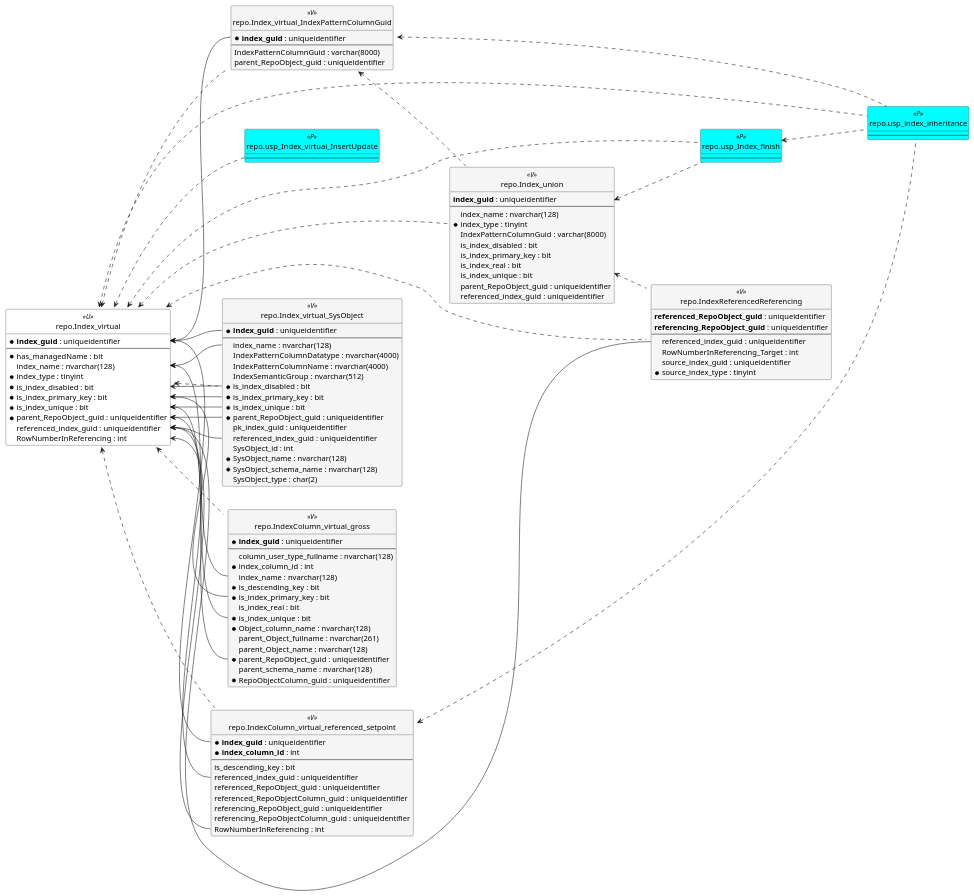
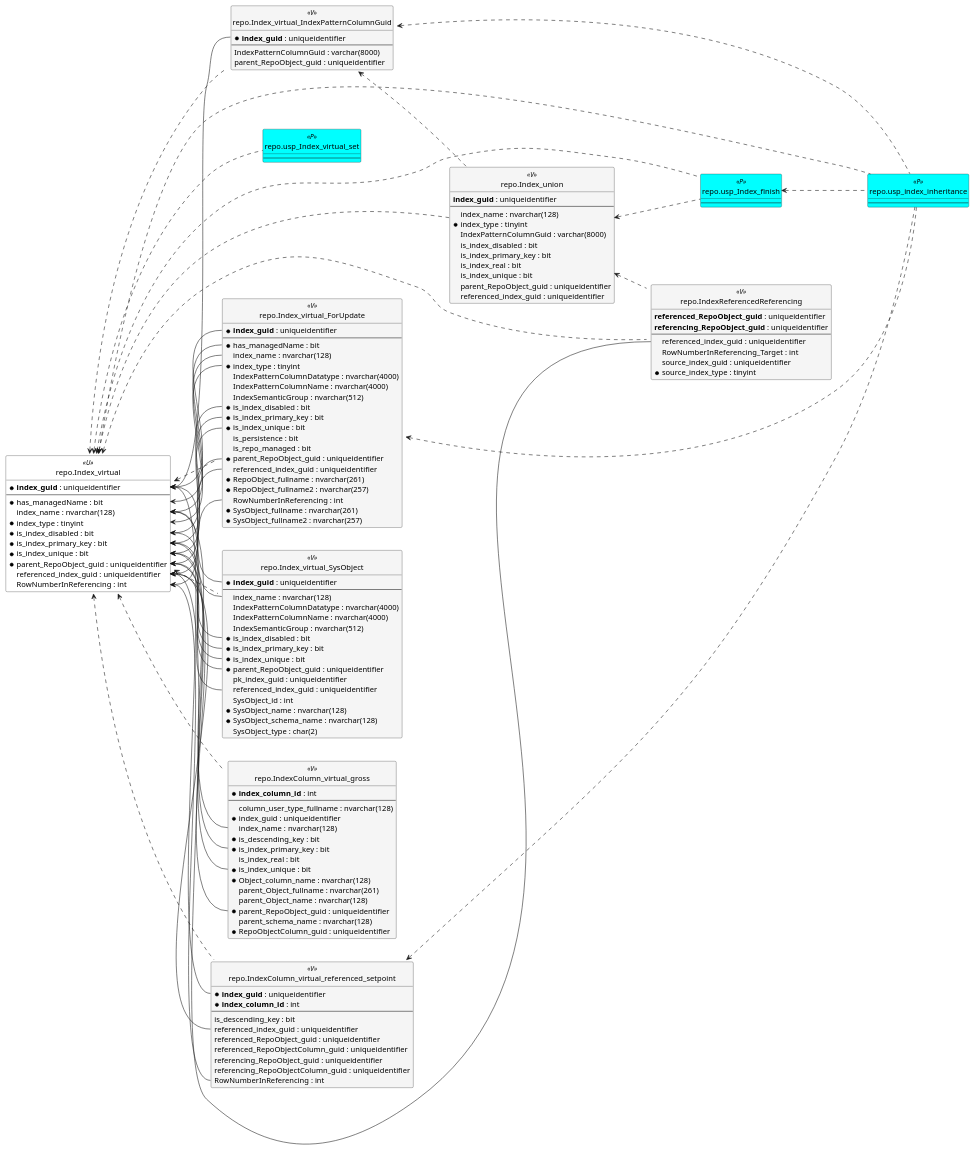
The diagram in docs/modules/sqldb/partials/puml/entity_1_1_colref/repo.Index_virtual.puml (DataHandwerk/dhw-antora-docs), drawn with PlantUML before and after one commit. The commit also changed 2449 other files, not shown here.

```diff
--- a/docs/modules/sqldb/partials/puml/entity_1_1_colref/repo.Index_virtual.puml
+++ b/docs/modules/sqldb/partials/puml/entity_1_1_colref/repo.Index_virtual.puml
@@ -1,163 +1,198 @@
 left to right direction
 hide circle
 'avoide "." issues:
 set namespaceSeparator none
 
 
 skinparam class {
   BackgroundColor White
   BackgroundColor<<FN>> Yellow
   BackgroundColor<<FS>> Yellow
   BackgroundColor<<FT>> LightGray
   BackgroundColor<<IF>> Yellow
   BackgroundColor<<IS>> Yellow
   BackgroundColor<<P>> Aqua
   BackgroundColor<<PC>> Aqua
   BackgroundColor<<SN>> Yellow
   BackgroundColor<<SO>> SlateBlue
   BackgroundColor<<TF>> LightGray
   BackgroundColor<<TR>> Tomato
   BackgroundColor<<U>> White
   BackgroundColor<<V>> WhiteSmoke
   BackgroundColor<<X>> Aqua
 }
 
 
 entity repo.Index_union << V >> {
   **index_guid** : uniqueidentifier
   --
   index_name : nvarchar(128)
   * index_type : tinyint
   IndexPatternColumnGuid : varchar(8000)
   is_index_disabled : bit
   is_index_primary_key : bit
   is_index_real : bit
   is_index_unique : bit
   parent_RepoObject_guid : uniqueidentifier
   referenced_index_guid : uniqueidentifier
 }
 
 entity repo.Index_virtual << U >> {
   * **index_guid** : uniqueidentifier
   --
   * has_managedName : bit
   index_name : nvarchar(128)
   * index_type : tinyint
   * is_index_disabled : bit
   * is_index_primary_key : bit
   * is_index_unique : bit
   * parent_RepoObject_guid : uniqueidentifier
   referenced_index_guid : uniqueidentifier
   RowNumberInReferencing : int
 }
 
+entity repo.Index_virtual_ForUpdate << V >> {
+  * **index_guid** : uniqueidentifier
+  --
+  * has_managedName : bit
+  index_name : nvarchar(128)
+  * index_type : tinyint
+  IndexPatternColumnDatatype : nvarchar(4000)
+  IndexPatternColumnName : nvarchar(4000)
+  IndexSemanticGroup : nvarchar(512)
+  * is_index_disabled : bit
+  * is_index_primary_key : bit
+  * is_index_unique : bit
+  is_persistence : bit
+  is_repo_managed : bit
+  * parent_RepoObject_guid : uniqueidentifier
+  referenced_index_guid : uniqueidentifier
+  * RepoObject_fullname : nvarchar(261)
+  * RepoObject_fullname2 : nvarchar(257)
+  RowNumberInReferencing : int
+  * SysObject_fullname : nvarchar(261)
+  * SysObject_fullname2 : nvarchar(257)
+}
+
 entity repo.Index_virtual_IndexPatternColumnGuid << V >> {
   * **index_guid** : uniqueidentifier
   --
   IndexPatternColumnGuid : varchar(8000)
   parent_RepoObject_guid : uniqueidentifier
 }
 
 entity repo.Index_virtual_SysObject << V >> {
   * **index_guid** : uniqueidentifier
   --
   index_name : nvarchar(128)
   IndexPatternColumnDatatype : nvarchar(4000)
   IndexPatternColumnName : nvarchar(4000)
   IndexSemanticGroup : nvarchar(512)
   * is_index_disabled : bit
   * is_index_primary_key : bit
   * is_index_unique : bit
   * parent_RepoObject_guid : uniqueidentifier
   pk_index_guid : uniqueidentifier
   referenced_index_guid : uniqueidentifier
   SysObject_id : int
   * SysObject_name : nvarchar(128)
   * SysObject_schema_name : nvarchar(128)
   SysObject_type : char(2)
 }
 
 entity repo.IndexColumn_virtual_gross << V >> {
-  * **index_guid** : uniqueidentifier
+  * **index_column_id** : int
   --
   column_user_type_fullname : nvarchar(128)
-  * index_column_id : int
+  * index_guid : uniqueidentifier
   index_name : nvarchar(128)
   * is_descending_key : bit
   * is_index_primary_key : bit
   is_index_real : bit
   * is_index_unique : bit
   * Object_column_name : nvarchar(128)
   parent_Object_fullname : nvarchar(261)
   parent_Object_name : nvarchar(128)
   * parent_RepoObject_guid : uniqueidentifier
   parent_schema_name : nvarchar(128)
   * RepoObjectColumn_guid : uniqueidentifier
 }
 
 entity repo.IndexColumn_virtual_referenced_setpoint << V >> {
   * **index_guid** : uniqueidentifier
   * **index_column_id** : int
   --
   is_descending_key : bit
   referenced_index_guid : uniqueidentifier
   referenced_RepoObject_guid : uniqueidentifier
   referenced_RepoObjectColumn_guid : uniqueidentifier
   referencing_RepoObject_guid : uniqueidentifier
   referencing_RepoObjectColumn_guid : uniqueidentifier
   RowNumberInReferencing : int
 }
 
 entity repo.IndexReferencedReferencing << V >> {
   **referenced_RepoObject_guid** : uniqueidentifier
   **referencing_RepoObject_guid** : uniqueidentifier
   --
   referenced_index_guid : uniqueidentifier
   RowNumberInReferencing_Target : int
   source_index_guid : uniqueidentifier
   * source_index_type : tinyint
 }
 
 entity repo.usp_Index_finish << P >> {
   --
 }
 
 entity repo.usp_index_inheritance << P >> {
   --
 }
 
-entity repo.usp_Index_virtual_InsertUpdate << P >> {
+entity repo.usp_Index_virtual_set << P >> {
   --
 }
 
+repo.Index_union <.. repo.usp_Index_finish
 repo.Index_union <.. repo.IndexReferencedReferencing
-repo.Index_union <.. repo.usp_Index_finish
+repo.Index_virtual <.. repo.IndexReferencedReferencing
+repo.Index_virtual <.. repo.Index_virtual_IndexPatternColumnGuid
+repo.Index_virtual <.. repo.usp_index_inheritance
+repo.Index_virtual <.. repo.Index_virtual_SysObject
 repo.Index_virtual <.. repo.IndexColumn_virtual_gross
-repo.Index_virtual <.. repo.Index_virtual_SysObject
+repo.Index_virtual <.. repo.IndexColumn_virtual_referenced_setpoint
+repo.Index_virtual <.. repo.usp_Index_finish
+repo.Index_virtual <.. repo.usp_Index_virtual_set
+repo.Index_virtual <.. repo.Index_virtual_ForUpdate
 repo.Index_virtual <.. repo.Index_union
-repo.Index_virtual <.. repo.IndexReferencedReferencing
-repo.Index_virtual <.. repo.IndexColumn_virtual_referenced_setpoint
-repo.Index_virtual <.. repo.usp_index_inheritance
-repo.Index_virtual <.. repo.usp_Index_virtual_InsertUpdate
-repo.Index_virtual <.. repo.Index_virtual_IndexPatternColumnGuid
-repo.Index_virtual <.. repo.usp_Index_finish
+repo.Index_virtual_ForUpdate <.. repo.usp_index_inheritance
+repo.Index_virtual_IndexPatternColumnGuid <.. repo.usp_index_inheritance
 repo.Index_virtual_IndexPatternColumnGuid <.. repo.Index_union
-repo.Index_virtual_IndexPatternColumnGuid <.. repo.usp_index_inheritance
 repo.IndexColumn_virtual_referenced_setpoint <.. repo.usp_index_inheritance
 repo.usp_Index_finish <.. repo.usp_index_inheritance
+repo.Index_virtual::has_managedName <-- repo.Index_virtual_ForUpdate::has_managedName
+repo.Index_virtual::index_guid <-- repo.Index_virtual_ForUpdate::index_guid
 repo.Index_virtual::index_guid <-- repo.IndexColumn_virtual_referenced_setpoint::index_guid
+repo.Index_virtual::index_guid <-- repo.Index_virtual_IndexPatternColumnGuid::index_guid
 repo.Index_virtual::index_guid <-- repo.Index_virtual_SysObject::index_guid
-repo.Index_virtual::index_guid <-- repo.Index_virtual_IndexPatternColumnGuid::index_guid
 repo.Index_virtual::index_name <-- repo.Index_virtual_SysObject::index_name
 repo.Index_virtual::index_name <-- repo.IndexColumn_virtual_gross::index_name
+repo.Index_virtual::index_name <-- repo.Index_virtual_ForUpdate::index_name
+repo.Index_virtual::index_type <-- repo.Index_virtual_ForUpdate::index_type
+repo.Index_virtual::is_index_disabled <-- repo.Index_virtual_ForUpdate::is_index_disabled
 repo.Index_virtual::is_index_disabled <-- repo.Index_virtual_SysObject::is_index_disabled
 repo.Index_virtual::is_index_primary_key <-- repo.Index_virtual_SysObject::is_index_primary_key
 repo.Index_virtual::is_index_primary_key <-- repo.IndexColumn_virtual_gross::is_index_primary_key
+repo.Index_virtual::is_index_primary_key <-- repo.Index_virtual_ForUpdate::is_index_primary_key
+repo.Index_virtual::is_index_unique <-- repo.Index_virtual_ForUpdate::is_index_unique
 repo.Index_virtual::is_index_unique <-- repo.IndexColumn_virtual_gross::is_index_unique
 repo.Index_virtual::is_index_unique <-- repo.Index_virtual_SysObject::is_index_unique
 repo.Index_virtual::parent_RepoObject_guid <-- repo.Index_virtual_SysObject::parent_RepoObject_guid
 repo.Index_virtual::parent_RepoObject_guid <-- repo.IndexColumn_virtual_gross::parent_RepoObject_guid
-repo.Index_virtual::referenced_index_guid <-- repo.IndexColumn_virtual_referenced_setpoint::referenced_index_guid
+repo.Index_virtual::parent_RepoObject_guid <-- repo.Index_virtual_ForUpdate::parent_RepoObject_guid
+repo.Index_virtual::referenced_index_guid <-- repo.Index_virtual_ForUpdate::referenced_index_guid
 repo.Index_virtual::referenced_index_guid <-- repo.Index_virtual_SysObject::referenced_index_guid
 repo.Index_virtual::referenced_index_guid <-- repo.IndexReferencedReferencing::referenced_index_guid
+repo.Index_virtual::referenced_index_guid <-- repo.IndexColumn_virtual_referenced_setpoint::referenced_index_guid
 repo.Index_virtual::RowNumberInReferencing <-- repo.IndexColumn_virtual_referenced_setpoint::RowNumberInReferencing
+repo.Index_virtual::RowNumberInReferencing <-- repo.Index_virtual_ForUpdate::RowNumberInReferencing
```
